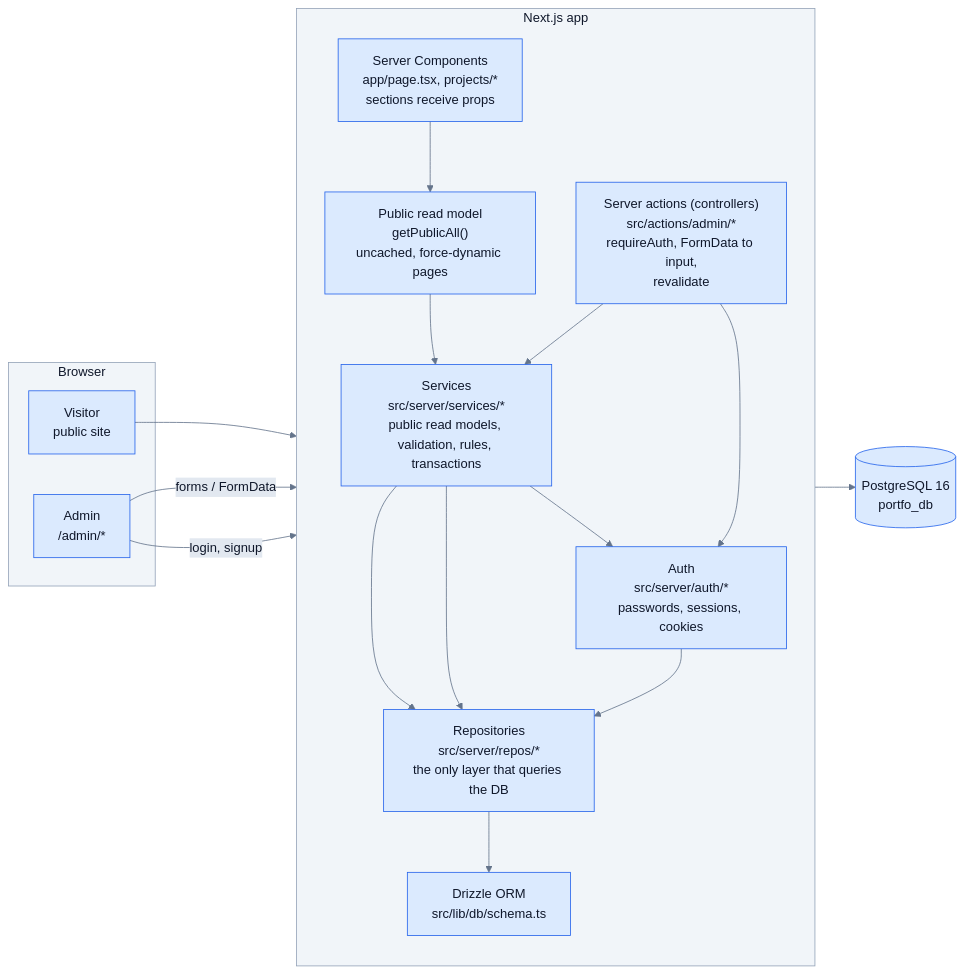
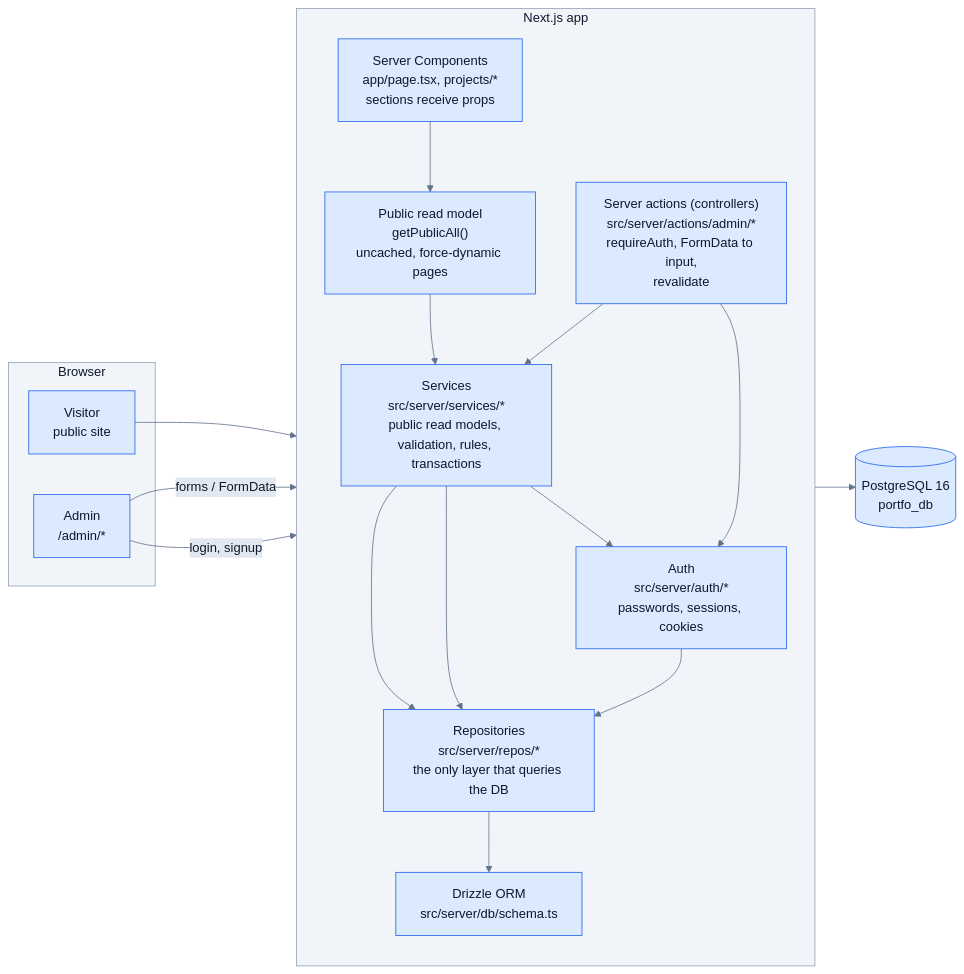
The first of 14 diagrams in docs/database-architecture.md (mhmdsbr/portfolio), drawn with Mermaid before and after one commit. The commit also changed other lines of this file and 156 other files, not shown here.

````diff
--- a/docs/database-architecture.md
+++ b/docs/database-architecture.md
@@ -21,33 +21,33 @@
 ```mermaid
 %%{init: {'theme':'base','themeVariables':{'primaryColor':'#dbeafe','primaryTextColor':'#0f172a','primaryBorderColor':'#2563eb','secondaryColor':'#e0f2fe','tertiaryColor':'#f1f5f9','lineColor':'#64748b','textColor':'#0f172a','mainBkg':'#dbeafe','nodeBorder':'#2563eb','clusterBkg':'#f1f5f9','clusterBorder':'#94a3b8','titleColor':'#0f172a','edgeLabelBackground':'#e2e8f0'}}}%%
 flowchart LR
     subgraph Browser
         V[Visitor<br/>public site]
         A[Admin<br/>/admin/*]
     end
 
     subgraph Next["Next.js app"]
         direction TB
         UI["Server Components<br/>app/page.tsx, projects/*<br/>sections receive props"]
         API["Public read model<br/>getPublicAll()<br/>uncached, force-dynamic pages"]
-        ACT["Server actions (controllers)<br/>src/actions/admin/*<br/>requireAuth, FormData to input,<br/>revalidate"]
+        ACT["Server actions (controllers)<br/>src/server/actions/admin/*<br/>requireAuth, FormData to input,<br/>revalidate"]
         SVC["Services<br/>src/server/services/*<br/>public read models, validation, rules, transactions"]
         LIB["Repositories<br/>src/server/repos/*<br/>the only layer that queries the DB"]
         AUTH["Auth<br/>src/server/auth/*<br/>passwords, sessions, cookies"]
-        DRZ["Drizzle ORM<br/>src/lib/db/schema.ts"]
+        DRZ["Drizzle ORM<br/>src/server/db/schema.ts"]
     end
 
     PG[("PostgreSQL 16<br/>portfo_db")]
 
     V --> UI --> API
     A -->|forms / FormData| ACT
     A -->|login, signup| AUTH
     ACT --> SVC --> LIB
     API --> SVC --> LIB
     ACT --> AUTH
     LIB --> DRZ
     AUTH --> LIB
     SVC --> AUTH
     DRZ --> PG
 
 ```
````
